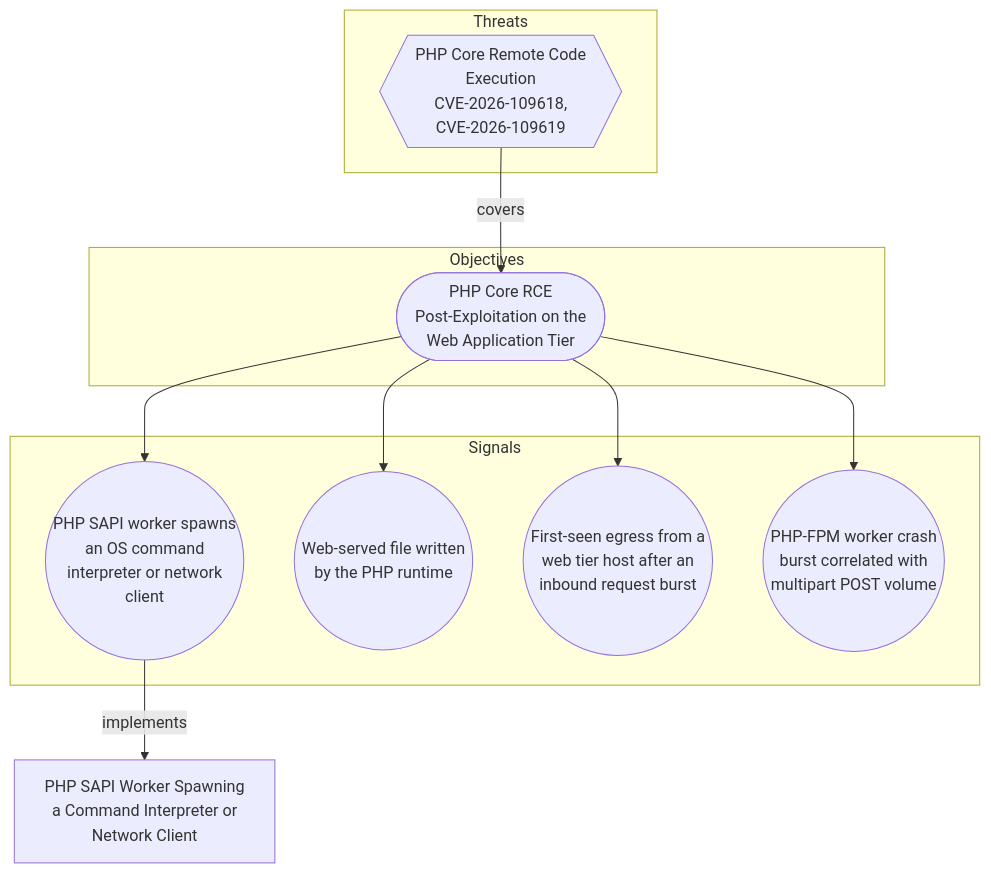
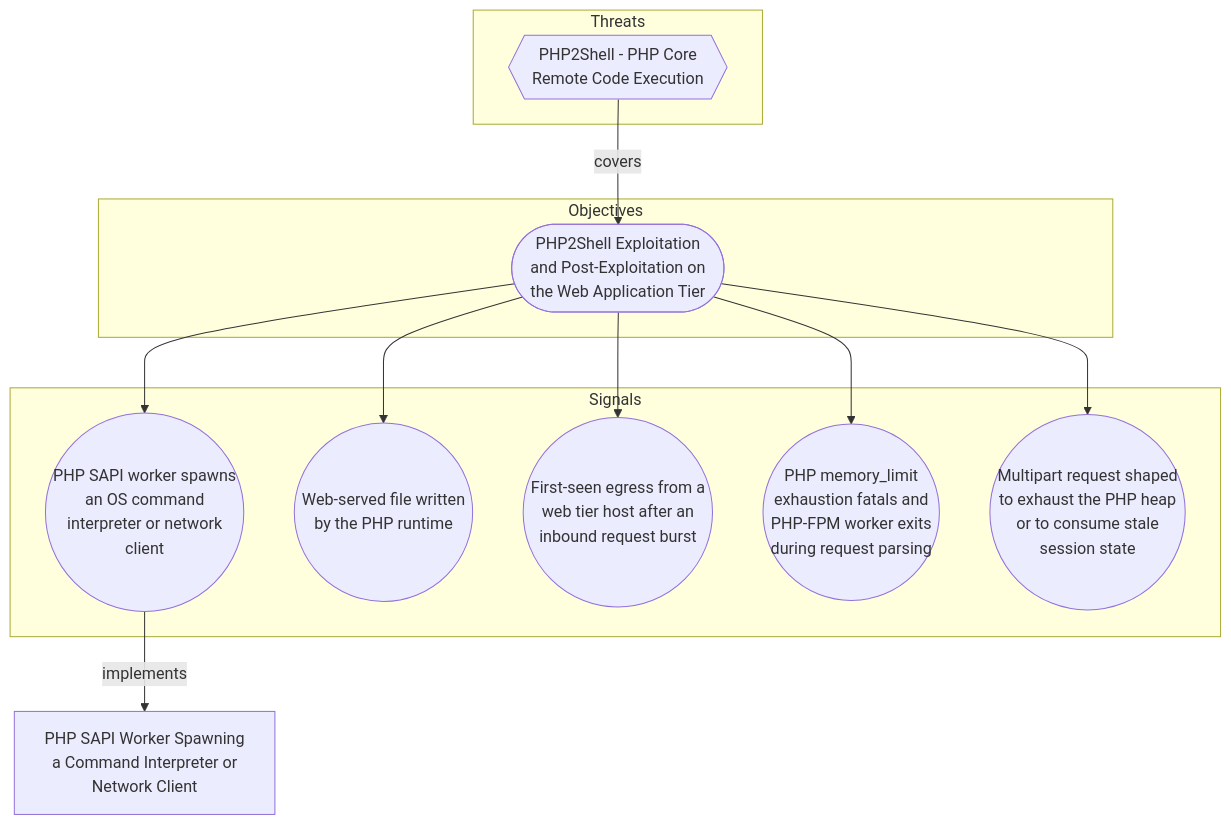
One commit to remg427/Hacklu2026_ws changed the diagram in docs/rules/php-sapi-worker-spawning-a-command-interpreter-or-network-client.md. Above: the diagram before and after it, drawn with Mermaid. The commit also changed other lines of this file and 13 other files, not shown here.

````diff
--- a/docs/rules/php-sapi-worker-spawning-a-command-interpreter-or-network-client.md
+++ b/docs/rules/php-sapi-worker-spawning-a-command-interpreter-or-network-client.md
@@ -319,22 +465,24 @@
 ```mermaid
 flowchart TB
 subgraph "Objectives"
-3c0b7355_2f44_4632_89a9_a9cdb4fa9de9(["PHP Core RCE<br>Post-Exploitation on the<br>Web Application Tier"])
+3c0b7355_2f44_4632_89a9_a9cdb4fa9de9(["PHP2Shell Exploitation<br>and Post-Exploitation on<br>the Web Application Tier"])
 end
 subgraph "Threats"
-05a17237_cf8b_4c14_a8b7_e57886877cf3{{"PHP Core Remote Code<br>Execution<br>CVE-2026-109618,<br>CVE-2026-109619"}}
+05a17237_cf8b_4c14_a8b7_e57886877cf3{{"PHP2Shell - PHP Core<br>Remote Code Execution"}}
 end
 subgraph "Signals"
 386bd7f3_d952_41c6_9268_a3532f0a3329(("PHP SAPI worker spawns<br>an OS command<br>interpreter or network<br>client"))
 5c99727b_3ed8_4538_9757_866f417c22a6(("Web-served file written<br>by the PHP runtime"))
 d7437c01_261e_4aa0_aa8e_4fa7ac6ebde2(("First-seen egress from a<br>web tier host after an<br>inbound request burst"))
-1b25e502_c486_423b_8c19_a1d458e70a87(("PHP-FPM worker crash<br>burst correlated with<br>multipart POST volume"))
+1b25e502_c486_423b_8c19_a1d458e70a87(("PHP memory_limit<br>exhaustion fatals and<br>PHP-FPM worker exits<br>during request parsing"))
+6fc0c236_6f80_4ab1_8dd8_1281096079da(("Multipart request shaped<br>to exhaust the PHP heap<br>or to consume stale<br>session state"))
 end
 1243b63d_71f0_4073_8c55_9afc9e0e216f["PHP SAPI Worker Spawning<br>a Command Interpreter or<br>Network Client"]
 05a17237_cf8b_4c14_a8b7_e57886877cf3 -->|covers| 3c0b7355_2f44_4632_89a9_a9cdb4fa9de9
 3c0b7355_2f44_4632_89a9_a9cdb4fa9de9 --> 386bd7f3_d952_41c6_9268_a3532f0a3329
 386bd7f3_d952_41c6_9268_a3532f0a3329 -->|implements| 1243b63d_71f0_4073_8c55_9afc9e0e216f
 3c0b7355_2f44_4632_89a9_a9cdb4fa9de9 --> 5c99727b_3ed8_4538_9757_866f417c22a6
 3c0b7355_2f44_4632_89a9_a9cdb4fa9de9 --> d7437c01_261e_4aa0_aa8e_4fa7ac6ebde2
 3c0b7355_2f44_4632_89a9_a9cdb4fa9de9 --> 1b25e502_c486_423b_8c19_a1d458e70a87
+3c0b7355_2f44_4632_89a9_a9cdb4fa9de9 --> 6fc0c236_6f80_4ab1_8dd8_1281096079da
 ```
````
